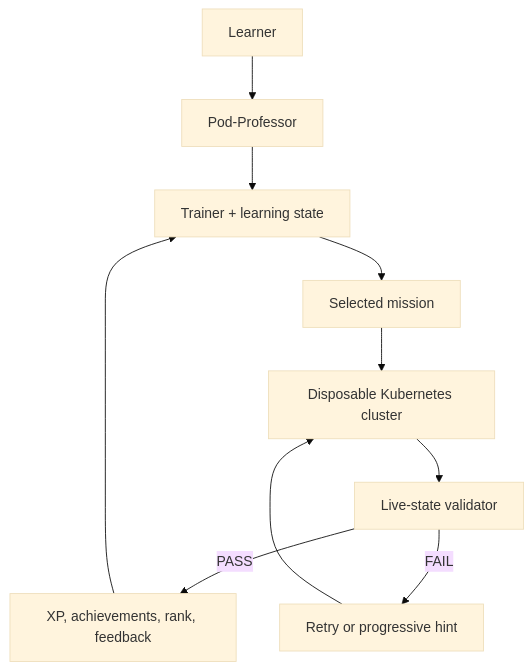
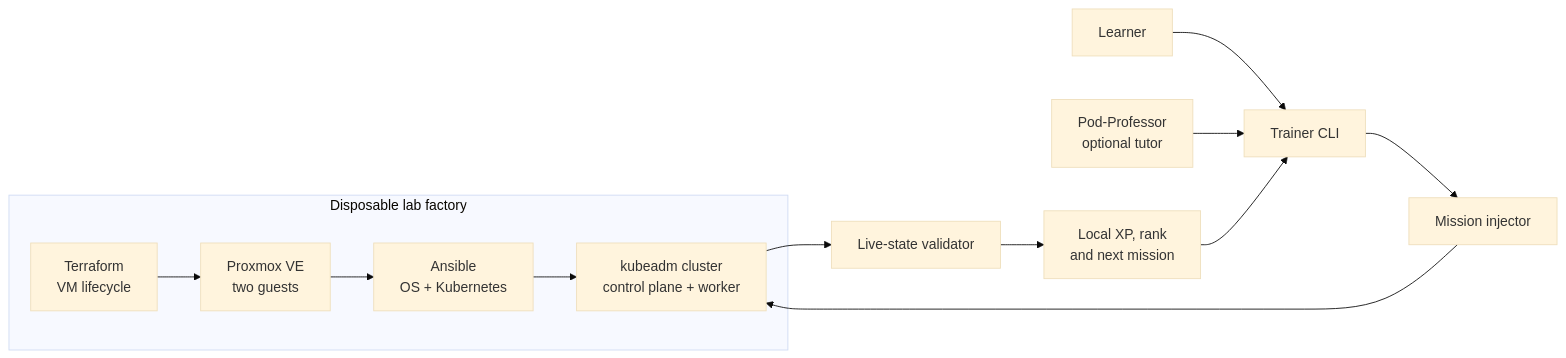
One commit to ffworker/cka-lab changed the diagram in README.md. Above: the diagram before and after it, drawn with Mermaid (base theme). The commit also changed other lines of this file and 30 other files, not shown here.

````diff
--- a/README.md
+++ b/README.md
@@ -162,12 +50,16 @@
 ```mermaid
-flowchart TD
-    U["Learner"] --> P["Pod-Professor"]
-    P --> T["Trainer + learning state"]
-    T --> M["Selected mission"]
-    M --> K["Disposable Kubernetes cluster"]
+flowchart LR
+    subgraph F["Disposable lab factory"]
+        T["Terraform<br/>VM lifecycle"] --> P["Proxmox VE<br/>two guests"]
+        P --> A["Ansible<br/>OS + Kubernetes"]
+        A --> K["kubeadm cluster<br/>control plane + worker"]
+    end
+
+    L["Learner"] --> R["Trainer CLI"]
+    Q["Pod-Professor<br/>optional tutor"] --> R
+    R --> I["Mission injector"]
+    I --> K
     K --> V["Live-state validator"]
-    V -->|PASS| G["XP, achievements, rank, feedback"]
-    V -->|FAIL| H["Retry or progressive hint"]
-    H --> K
-    G --> T
+    V --> S["Local XP, rank<br/>and next mission"]
+    S --> R
 ```
````
